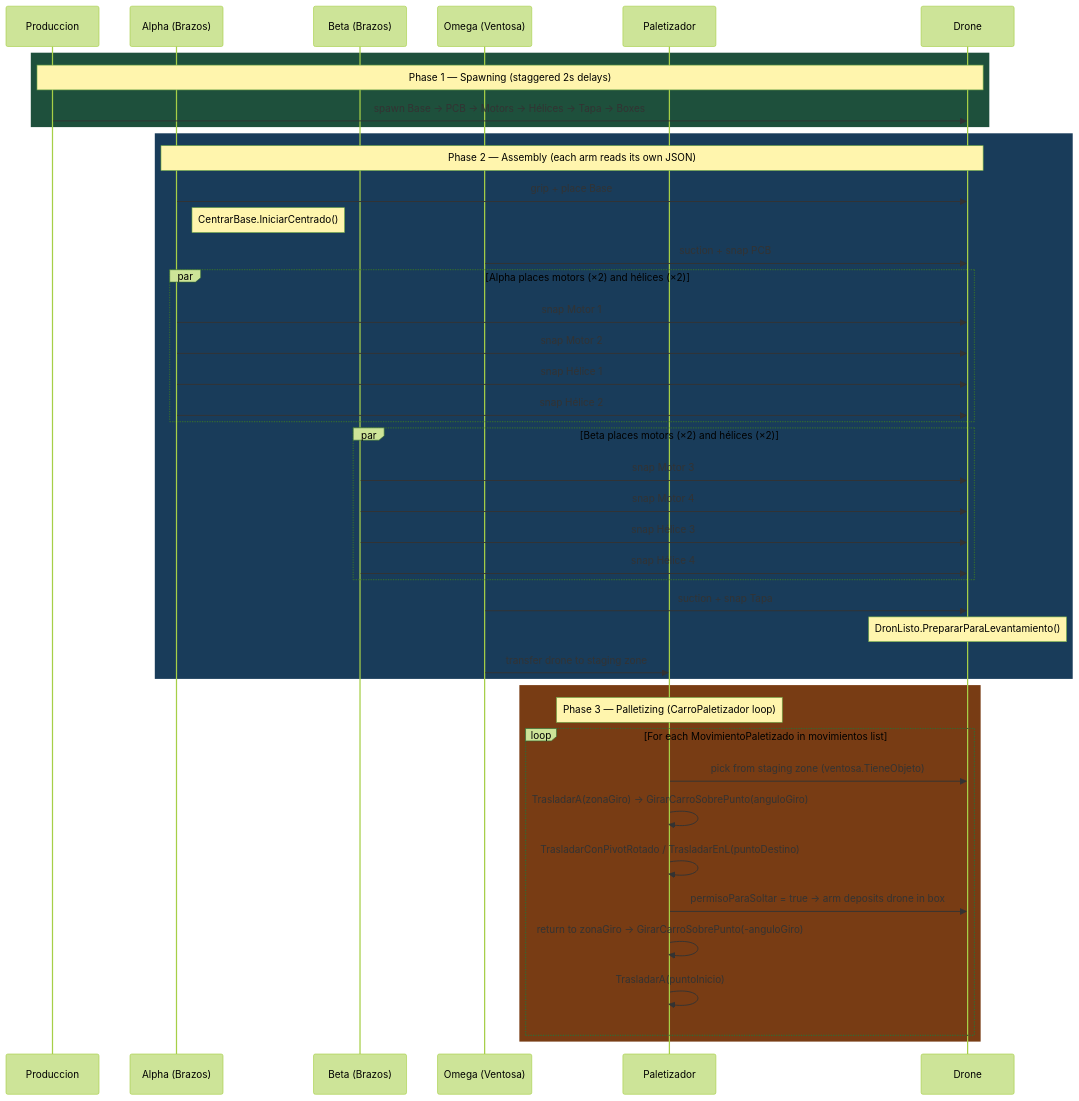
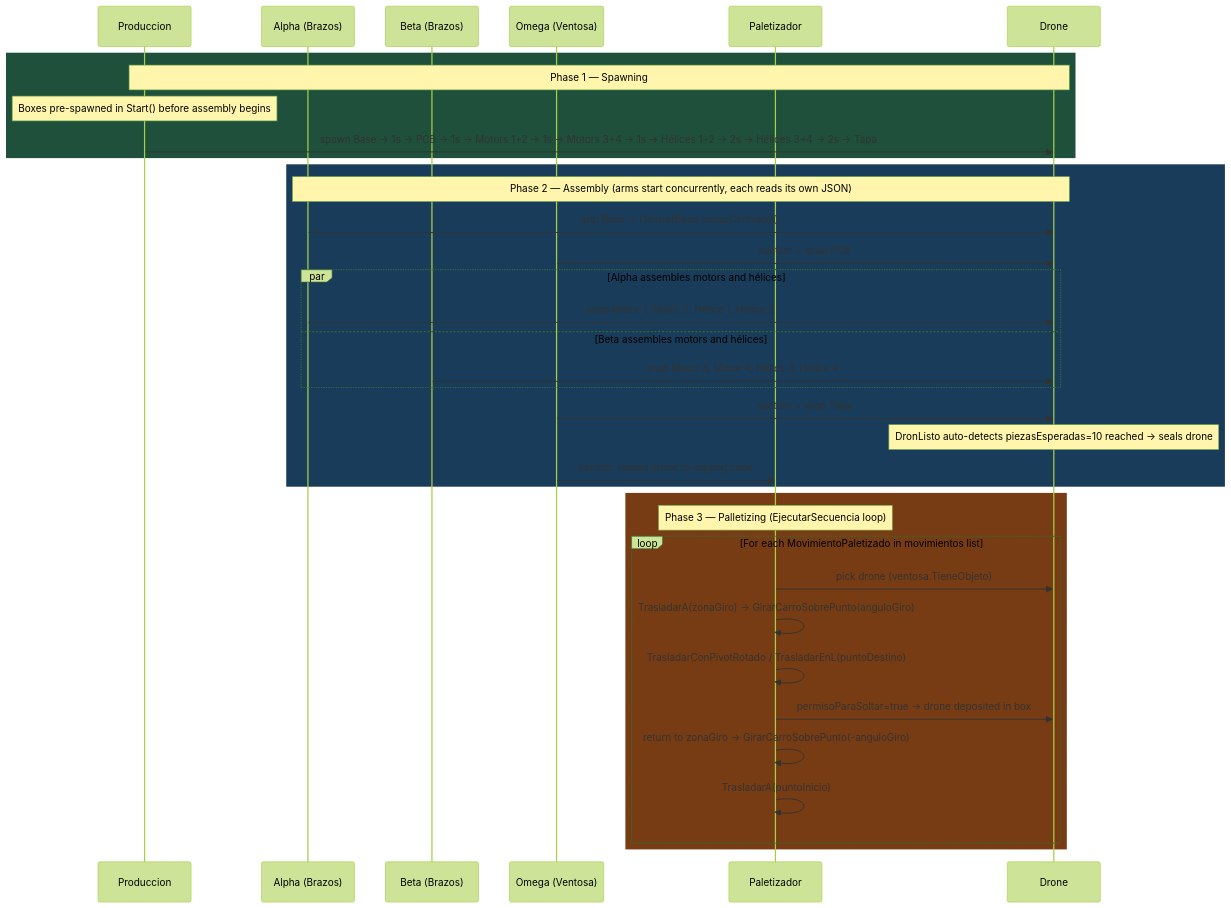
Before and after one commit to jorgefajardom-coder/drone-packaging-simulation-unity: the fifth of 12 diagrams in README.md, drawn with Mermaid (forest theme). The commit also changed other lines of this file, not shown here.

First line of the commit message:
docs: rehace diagramas y elimina versión Unity redundante

````diff
--- a/README.md
+++ b/README.md
@@ -375,52 +378,43 @@
 ```mermaid
 sequenceDiagram
     participant P as Produccion
     participant A as Alpha (Brazos)
     participant B as Beta (Brazos)
     participant W as Omega (Ventosa)
     participant PAL as Paletizador
     participant D as Drone
 
     rect rgb(30, 80, 60)
-        Note over P,D: Phase 1 — Spawning (staggered 2s delays)
-        P->>D: spawn Base → PCB → Motors → Hélices → Tapa → Boxes
+        Note over P,D: Phase 1 — Spawning
+        Note over P: Boxes pre-spawned in Start() before assembly begins
+        P->>D: spawn Base → 1s → PCB → 1s → Motors 1+2 → 1s → Motors 3+4 → 1s → Hélices 1+2 → 2s → Hélices 3+4 → 2s → Tapa
     end
 
     rect rgb(25, 60, 90)
-        Note over A,D: Phase 2 — Assembly (each arm reads its own JSON)
-        A->>D: grip + place Base
-        Note right of A: CentrarBase.IniciarCentrado()
+        Note over A,D: Phase 2 — Assembly (arms start concurrently, each reads its own JSON)
+        A->>D: grip Base → CentrarBase.IniciarCentrado()
         W->>D: suction + snap PCB
 
-        par Alpha places motors (×2) and hélices (×2)
-            A->>D: snap Motor 1
-            A->>D: snap Motor 2
-            A->>D: snap Hélice 1
-            A->>D: snap Hélice 2
-        end
-
-        par Beta places motors (×2) and hélices (×2)
-            B->>D: snap Motor 3
-            B->>D: snap Motor 4
-            B->>D: snap Hélice 3
-            B->>D: snap Hélice 4
+        par Alpha assembles motors and hélices
+            A->>D: snap Motor 1, Motor 2, Hélice 1, Hélice 2
+        and Beta assembles motors and hélices
+            B->>D: snap Motor 3, Motor 4, Hélice 3, Hélice 4
         end
 
         W->>D: suction + snap Tapa
-
-        Note over D: DronListo.PrepararParaLevantamiento()
-        W->>PAL: transfer drone to staging zone
+        Note over D: DronListo auto-detects piezasEsperadas=10 reached → seals drone
+        W->>PAL: transfer sealed drone to staging zone
     end
 
     rect rgb(120, 60, 20)
-        Note over PAL: Phase 3 — Palletizing (CarroPaletizador loop)
+        Note over PAL: Phase 3 — Palletizing (EjecutarSecuencia loop)
         loop For each MovimientoPaletizado in movimientos list
-            PAL->>D: pick from staging zone (ventosa.TieneObjeto)
+            PAL->>D: pick drone (ventosa.TieneObjeto)
             PAL->>PAL: TrasladarA(zonaGiro) → GirarCarroSobrePunto(anguloGiro)
             PAL->>PAL: TrasladarConPivotRotado / TrasladarEnL(puntoDestino)
-            PAL->>D: permisoParaSoltar = true → arm deposits drone in box
+            PAL->>D: permisoParaSoltar=true → drone deposited in box
             PAL->>PAL: return to zonaGiro → GirarCarroSobrePunto(-anguloGiro)
             PAL->>PAL: TrasladarA(puntoInicio)
         end
     end
 ```
````
